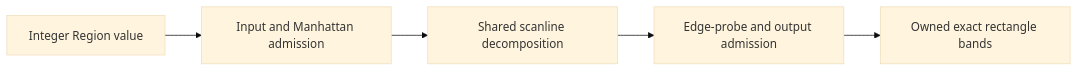
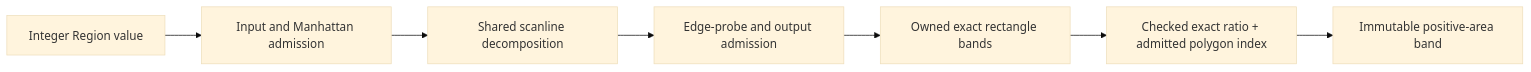
Before and after one commit to 1amageek/swift-mask-data: the diagram in Sources/MaskGeometry/RectilinearDecomposition/DESIGN.md, drawn with Mermaid (base theme). The commit also changed other lines of this file and 3 other files, not shown here.

Commit message:
Add exact immutable rectilinear band relocation

````diff
--- a/Sources/MaskGeometry/RectilinearDecomposition/DESIGN.md
+++ b/Sources/MaskGeometry/RectilinearDecomposition/DESIGN.md
@@ -19,7 +20,9 @@
 ```mermaid
 flowchart LR
   Region[Integer Region value] --> Admission[Input and Manhattan admission]
   Admission --> Kernel[Shared scanline decomposition]
   Kernel --> Budget[Edge-probe and output admission]
   Budget --> Bands[Owned exact rectangle bands]
+  Bands --> Relocate[Checked exact ratio + admitted polygon index]
+  Relocate --> Relocated[Immutable positive-area band]
 ```
````
